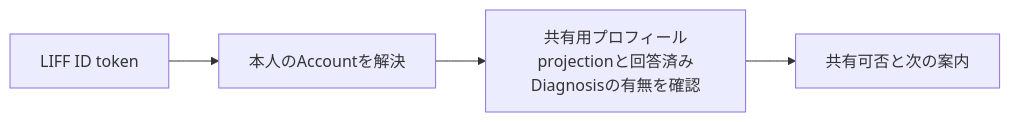
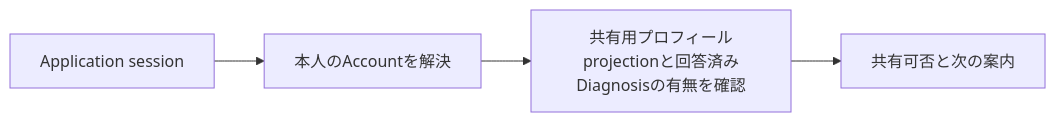
Before and after one commit to kkyosuke/me-builder: the first of 4 diagrams in docs/development/compatibility-api.md, drawn with Mermaid. The commit also changed other lines of this file and 116 other files, not shown here.

````diff
--- a/docs/development/compatibility-api.md
+++ b/docs/development/compatibility-api.md
@@ -41,6 +41,6 @@
 ```mermaid
 flowchart LR
-    T[LIFF ID token] --> A[本人のAccountを解決]
+    T[Application session] --> A[本人のAccountを解決]
     A --> D[共有用プロフィールprojectionと回答済みDiagnosisの有無を確認]
     D --> P[共有可否と次の案内]
 ```
````
